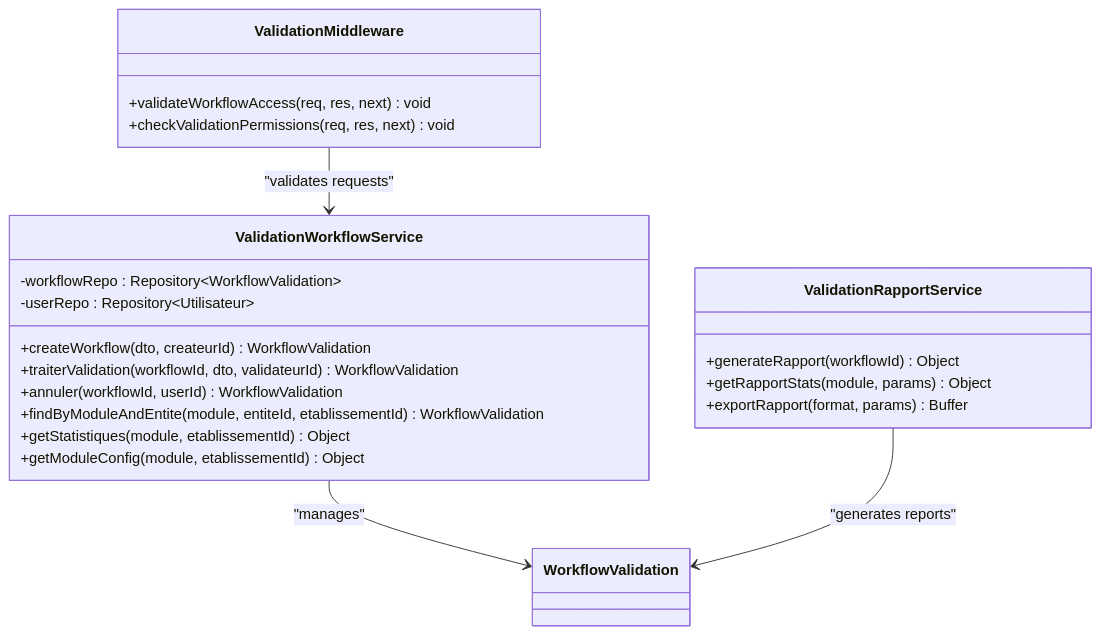
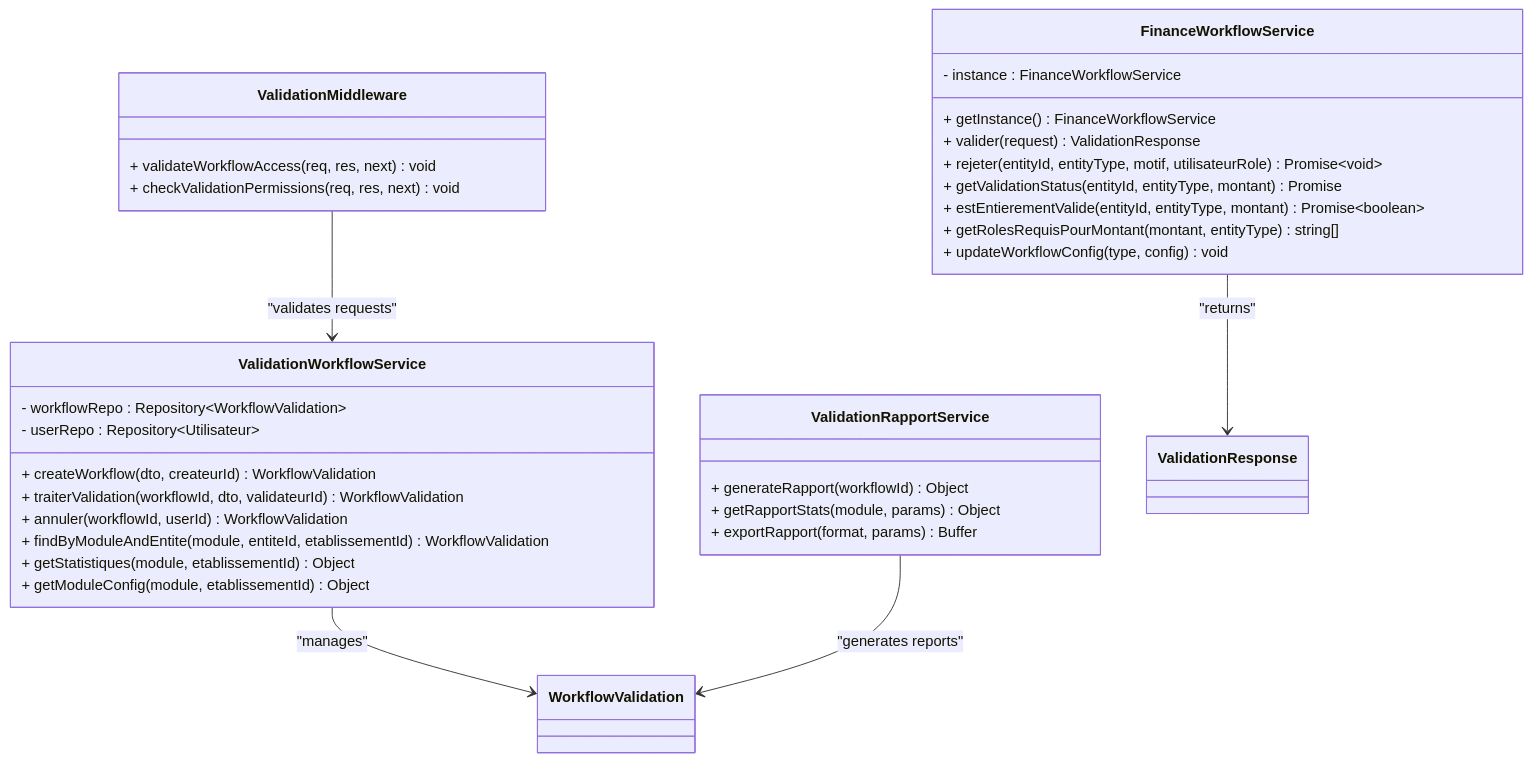
The second of 13 diagrams in .qoder/repowiki/en/content/Modules & Features/Validation Workflow System.md (franckylab/eLISAschool), drawn with Mermaid before and after one commit. The commit also changed other lines of this file and 236 other files, not shown here.

````diff
--- a/.qoder/repowiki/en/content/Modules & Features/Validation Workflow System.md
+++ b/.qoder/repowiki/en/content/Modules & Features/Validation Workflow System.md
@@ -86,25 +116,36 @@
 ```mermaid
 classDiagram
 class ValidationWorkflowService {
--workflowRepo : Repository~WorkflowValidation~
--userRepo : Repository~Utilisateur~
-+createWorkflow(dto, createurId) WorkflowValidation
-+traiterValidation(workflowId, dto, validateurId) WorkflowValidation
-+annuler(workflowId, userId) WorkflowValidation
-+findByModuleAndEntite(module, entiteId, etablissementId) WorkflowValidation
-+getStatistiques(module, etablissementId) Object
-+getModuleConfig(module, etablissementId) Object
+- workflowRepo : Repository~WorkflowValidation~
+- userRepo : Repository~Utilisateur~
++ createWorkflow(dto, createurId) WorkflowValidation
++ traiterValidation(workflowId, dto, validateurId) WorkflowValidation
++ annuler(workflowId, userId) WorkflowValidation
++ findByModuleAndEntite(module, entiteId, etablissementId) WorkflowValidation
++ getStatistiques(module, etablissementId) Object
++ getModuleConfig(module, etablissementId) Object
+}
+class FinanceWorkflowService {
+- instance : FinanceWorkflowService
++ getInstance() FinanceWorkflowService
++ valider(request) ValidationResponse
++ rejeter(entityId, entityType, motif, utilisateurRole) Promise~void~
++ getValidationStatus(entityId, entityType, montant) Promise
++ estEntierementValide(entityId, entityType, montant) Promise~boolean~
++ getRolesRequisPourMontant(montant, entityType) string[]
++ updateWorkflowConfig(type, config) void
 }
 class ValidationRapportService {
-+generateRapport(workflowId) Object
-+getRapportStats(module, params) Object
-+exportRapport(format, params) Buffer
++ generateRapport(workflowId) Object
++ getRapportStats(module, params) Object
++ exportRapport(format, params) Buffer
 }
 class ValidationMiddleware {
-+validateWorkflowAccess(req, res, next) void
-+checkValidationPermissions(req, res, next) void
++ validateWorkflowAccess(req, res, next) void
++ checkValidationPermissions(req, res, next) void
 }
 ValidationWorkflowService --> WorkflowValidation : "manages"
+FinanceWorkflowService --> ValidationResponse : "returns"
 ValidationRapportService --> WorkflowValidation : "generates reports"
 ValidationMiddleware --> ValidationWorkflowService : "validates requests"
 ```
````
